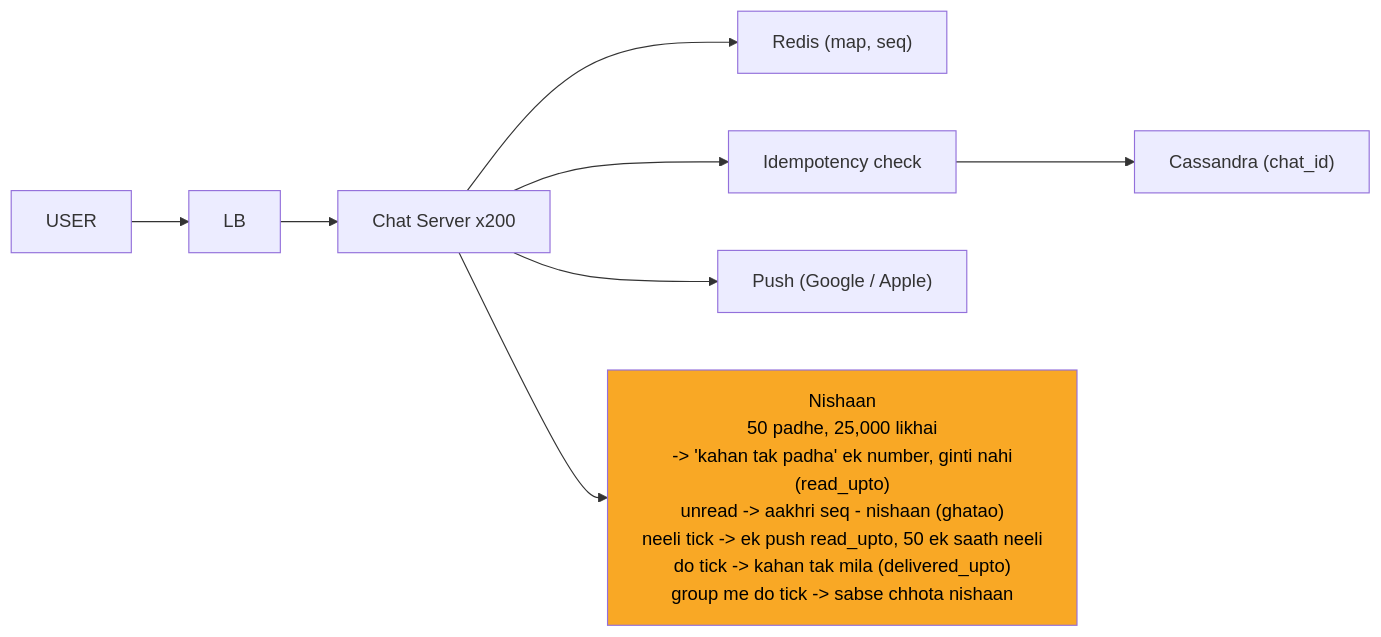
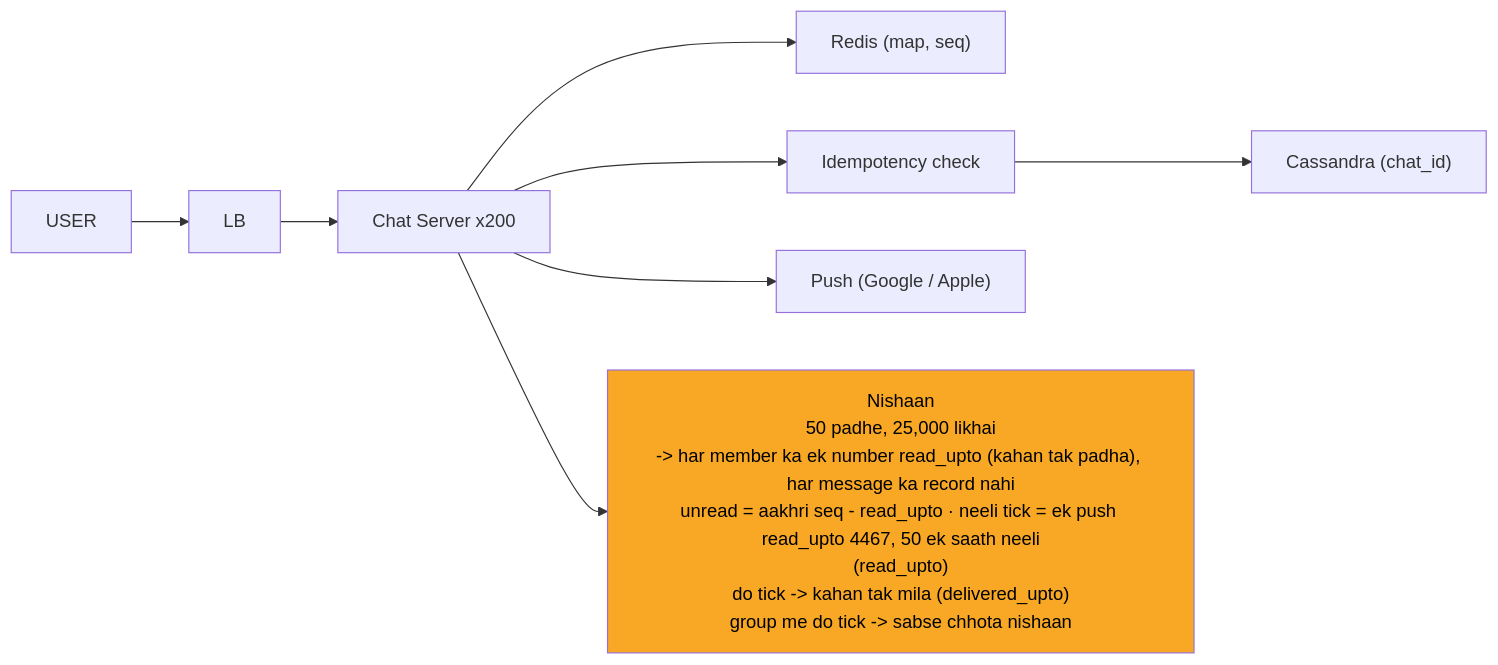
Before and after one commit to ArpanMaheshwari144/Prep: the ninth of 12 diagrams in 04_HLD/SYSTEM_DESIGNS/14_chat_messaging/14_chat_messaging.md, drawn with Mermaid. The commit also changed other lines of this file and 13 other files, not shown here.

````diff
--- a/04_HLD/SYSTEM_DESIGNS/14_chat_messaging/14_chat_messaging.md
+++ b/04_HLD/SYSTEM_DESIGNS/14_chat_messaging/14_chat_messaging.md
@@ -387,20 +390,20 @@
 ```mermaid
 %%{init: {"flowchart": {"wrappingWidth": 450}}}%%
 flowchart LR
     n_U["USER"]
     n_LB["LB"]
     n_CS["Chat Server x200"]
     n_R["Redis (map, seq)"]
     n_I["Idempotency check"]
     n_CA["Cassandra (chat_id)"]
     n_P["Push (Google / Apple)"]
-    n_NS["Nishaan<br/>50 padhe, 25,000 likhai<br/>-> 'kahan tak padha' ek number, ginti nahi<br/>(read_upto)<br/>unread -> aakhri seq - nishaan (ghatao)<br/>neeli tick -> ek push read_upto, 50 ek saath neeli<br/>do tick -> kahan tak mila (delivered_upto)<br/>group me do tick -> sabse chhota nishaan"]
+    n_NS["Nishaan<br/>50 padhe, 25,000 likhai<br/>-> har member ka ek number read_upto (kahan tak padha), har message ka record nahi<br/>unread = aakhri seq - read_upto · neeli tick = ek push read_upto 4467, 50 ek saath neeli<br/>(read_upto)<br/>do tick -> kahan tak mila (delivered_upto)<br/>group me do tick -> sabse chhota nishaan"]
     n_U --> n_LB
     n_LB --> n_CS
     n_CS --> n_R
     n_CS --> n_I
     n_I --> n_CA
     n_CS --> n_P
     n_CS --> n_NS
     style n_NS fill:#f9a825,color:#000
 ```
````
